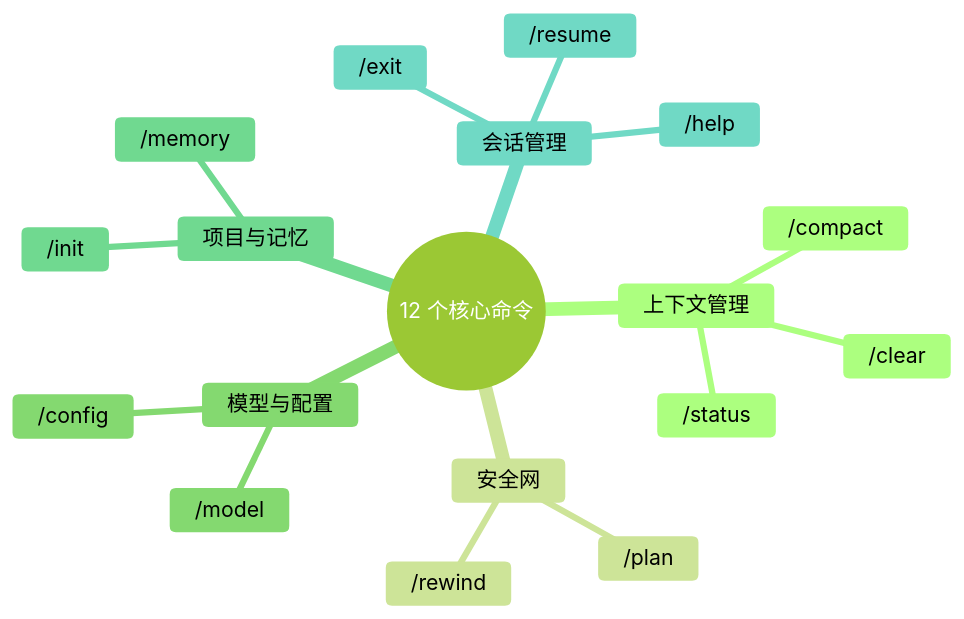
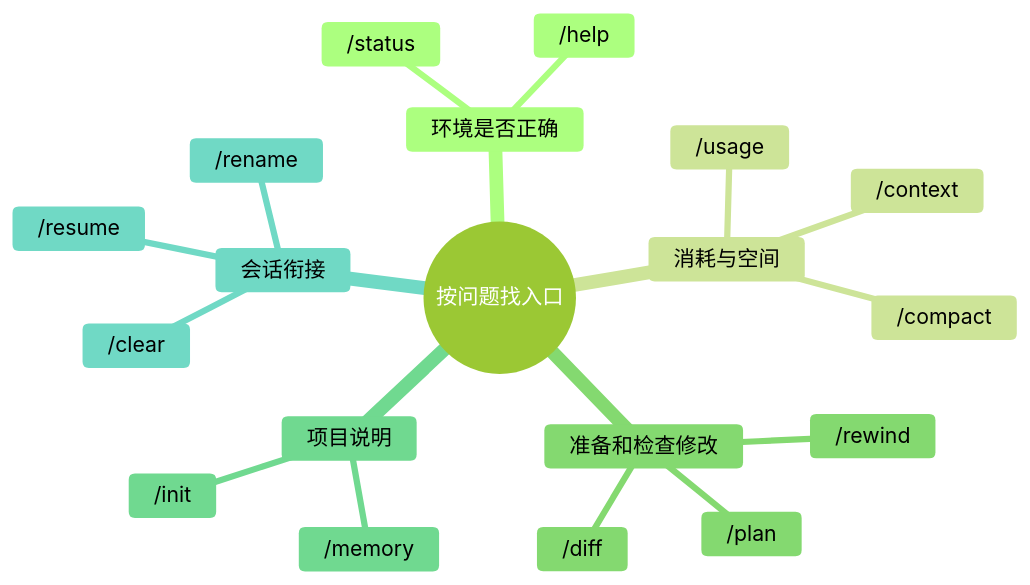
Before and after one commit to mali9527/claude-code-full-guide-for-beginners: the second of 2 diagrams in manuscript/part4-避坑与判断力/18-常用快捷命令全览.md, drawn with Mermaid. The commit also changed other lines of this file and 130 other files, not shown here.

````diff
--- a/manuscript/part4-避坑与判断力/18-常用快捷命令全览.md
+++ b/manuscript/part4-避坑与判断力/18-常用快捷命令全览.md
@@ -83,29 +96,30 @@
 ```mermaid
 ---
 config:
   theme: forest
   themeVariables:
     fontFamily: "-apple-system, 'SF Pro Text', 'PingFang SC', 'Helvetica Neue', sans-serif"
     fontSize: "17px"
     lineColor: "#D9D9D9"
 ---
 mindmap
-  root((12 个核心命令))
-    上下文管理
+  root((按问题找入口))
+    环境是否正确
+      /status
+      /help
+    消耗与空间
+      /usage
+      /context
+      /compact
+    准备和检查修改
+      /plan
+      /diff
+      /rewind
+    项目说明
+      /memory
+      /init
+    会话衔接
+      /rename
+      /resume
       /clear
-      /compact
-      /status
-    安全网
-      /plan
-      /rewind
-    模型与配置
-      /model
-      /config
-    项目与记忆
-      /init
-      /memory
-    会话管理
-      /exit
-      /resume
-      /help
 ```
````
